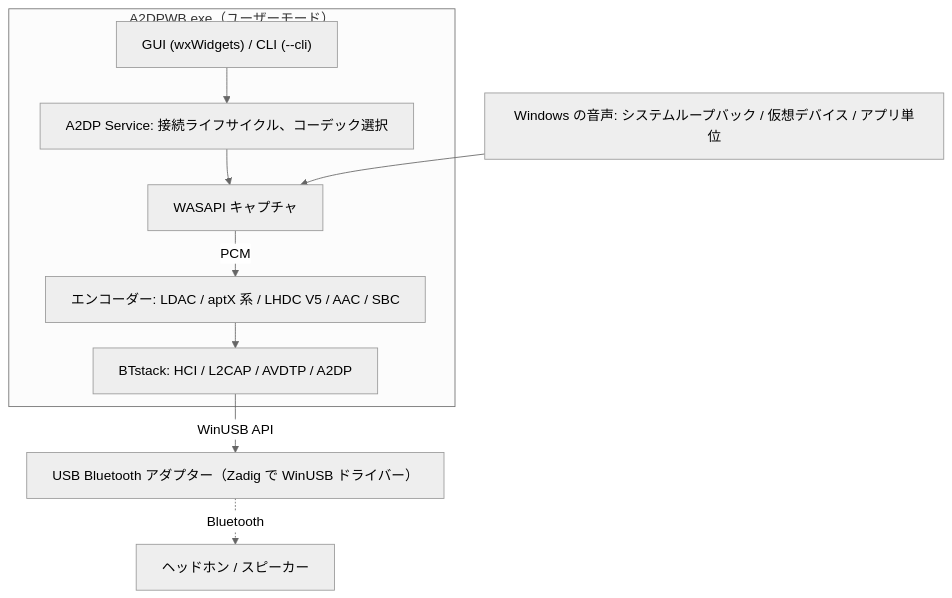
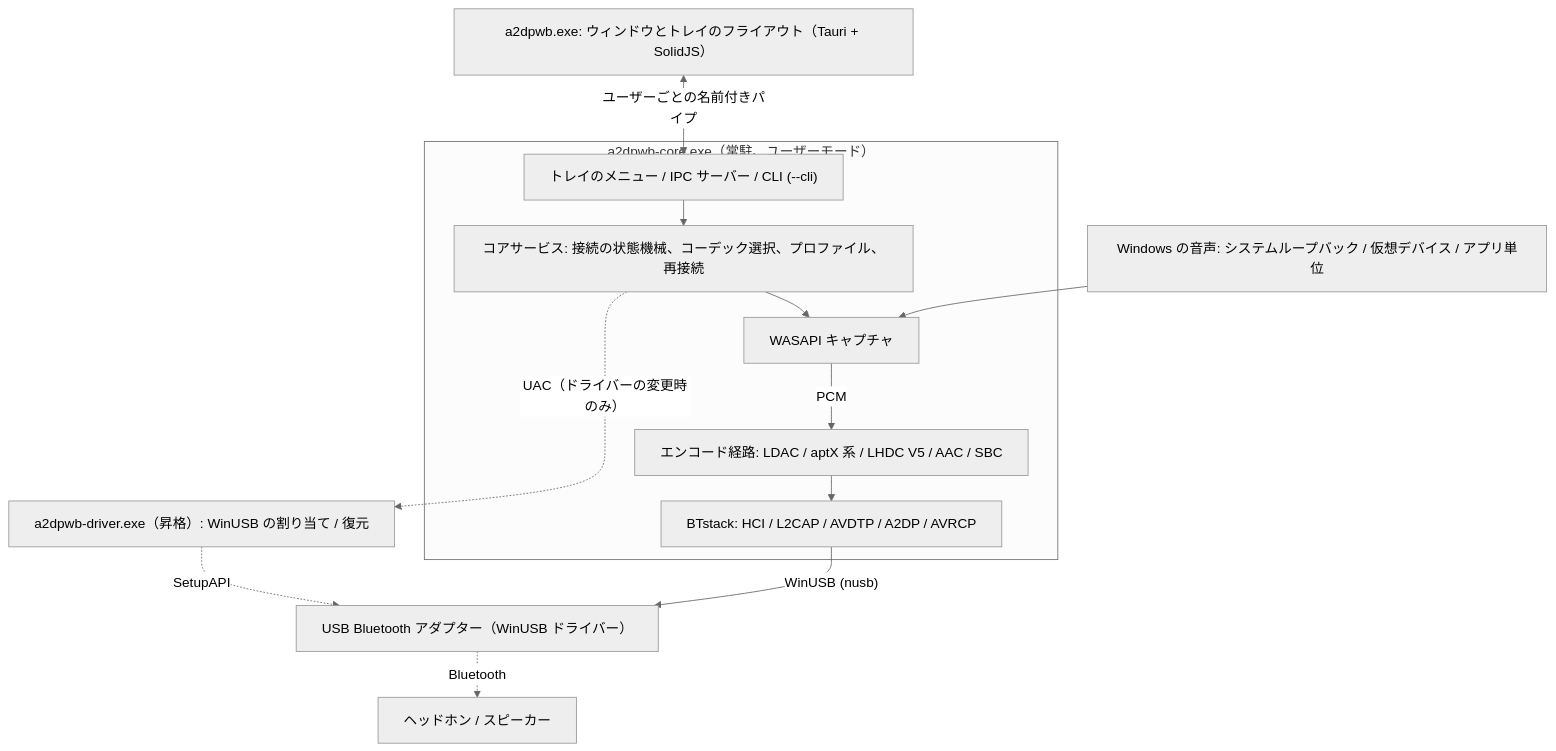
Before and after one commit to Akramx15/A2DP-Windows-Bridge: the first of 4 diagrams in docs/ja/architecture.md, drawn with Mermaid (neutral theme). The commit also changed other lines of this file and 15 other files, not shown here.

First line of the commit message:
docs: describe v2 (core, window, tray, in-app WinUSB, licences)

````diff
--- a/docs/ja/architecture.md
+++ b/docs/ja/architecture.md
@@ -25,19 +37,23 @@
 ```mermaid
 ---
 config:
   flowchart:
     wrappingWidth: 480
     rankSpacing: 30
 ---
 flowchart TB
     src["Windows の音声: システムループバック / 仮想デバイス / アプリ単位"]
-    subgraph exe["A2DPWB.exe（ユーザーモード）"]
-        ui["GUI (wxWidgets) / CLI (--cli)"] --> svc["A2DP Service: 接続ライフサイクル、コーデック選択"]
+    ui["a2dpwb.exe: ウィンドウとトレイのフライアウト（Tauri + SolidJS）"]
+    subgraph core["a2dpwb-core.exe（常駐、ユーザーモード）"]
+        ctl["トレイのメニュー / IPC サーバー / CLI (--cli)"] --> svc["コアサービス: 接続の状態機械、コーデック選択、プロファイル、再接続"]
         svc --> cap["WASAPI キャプチャ"]
-        cap -- PCM --> enc["エンコーダー: LDAC / aptX 系 / LHDC V5 / AAC / SBC"]
-        enc --> bt["BTstack: HCI / L2CAP / AVDTP / A2DP"]
+        cap -- PCM --> enc["エンコード経路: LDAC / aptX 系 / LHDC V5 / AAC / SBC"]
+        enc --> bt["BTstack: HCI / L2CAP / AVDTP / A2DP / AVRCP"]
     end
+    ui <-->|"ユーザーごとの名前付きパイプ"| ctl
+    svc -.->|"UAC（ドライバーの変更時のみ）"| drv["a2dpwb-driver.exe（昇格）: WinUSB の割り当て / 復元"]
     src --> cap
-    bt -- WinUSB API --> usb["USB Bluetooth アダプター（Zadig で WinUSB ドライバー）"]
+    bt -->|"WinUSB (nusb)"| usb["USB Bluetooth アダプター（WinUSB ドライバー）"]
+    drv -.->|SetupAPI| usb
     usb -. Bluetooth .-> hp["ヘッドホン / スピーカー"]
 ```
````
